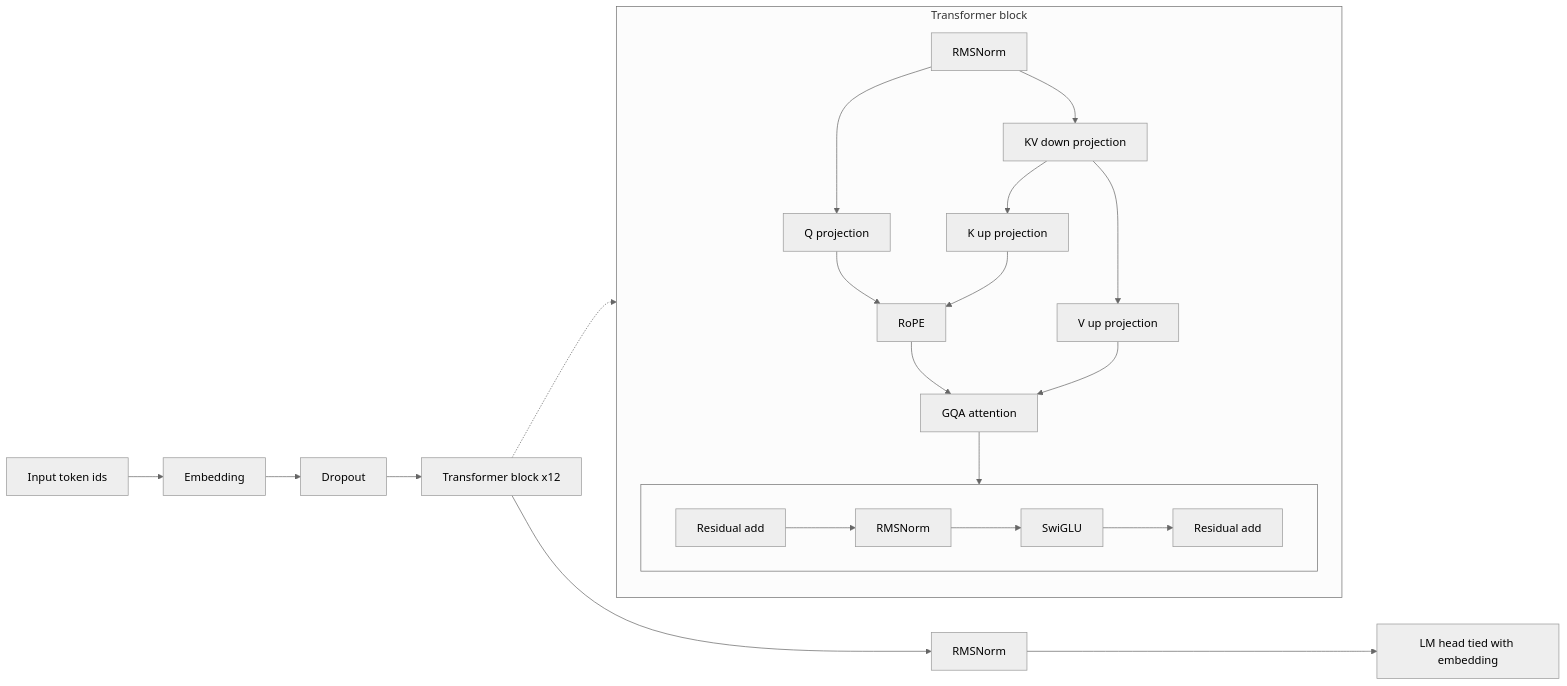
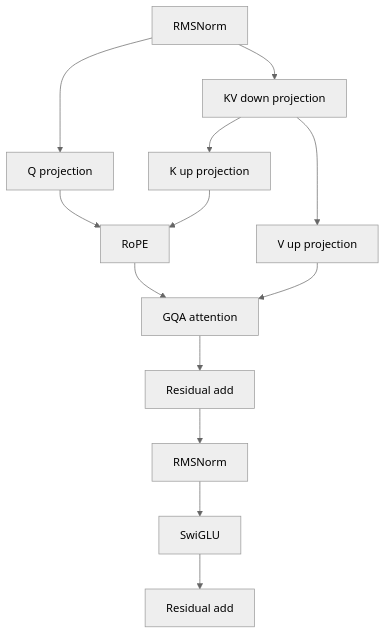
Before and after one commit to pymlex/poetru: the second of 2 diagrams in README.md, drawn with Mermaid (neutral theme). The commit also changed other lines of this file, not shown here.

````diff
--- a/README.md
+++ b/README.md
@@ -40,33 +51,24 @@
 ```mermaid
-flowchart LR
-    A[Input token ids] --> B[Embedding] --> C[Dropout] --> MainD[Transformer block x12] --> E[RMSNorm] --> F[LM head tied with embedding]
+flowchart TB
+    D1[RMSNorm]
+    D2[Q projection]
+    D3[KV down projection]
+    D4[K up projection]
+    D5[V up projection]
+    D6[RoPE]
+    D7[GQA attention]
+    D8[Residual add]
+    D9[RMSNorm]
+    D10[SwiGLU]
+    D11[Residual add]
 
-    MainD -.-> D
-
-    subgraph D[Transformer block]
-        direction TB
-        D1[RMSNorm]
-        D2[Q projection]
-        D3[KV down projection]
-        D4[K up projection]
-        D5[V up projection]
-        D6[RoPE]
-        D7[GQA attention]
-
-        subgraph Layers [ ]
-            direction LR
-            D8[Residual add] --> D9[RMSNorm] --> D10[SwiGLU] --> D11[Residual add]
-        end
-
-        D1 --> D2
-        D1 --> D3
-        D3 --> D4
-        D3 --> D5
-        D2 --> D6
-        D4 --> D6
-        D6 --> D7
-        D5 --> D7
-        D7 --> D8
-    end
-
+    D1 --> D2
+    D1 --> D3
+    D3 --> D4
+    D3 --> D5
+    D2 --> D6
+    D4 --> D6
+    D6 --> D7
+    D5 --> D7
+    D7 --> D8 --> D9 --> D10 --> D11
 ```
````
